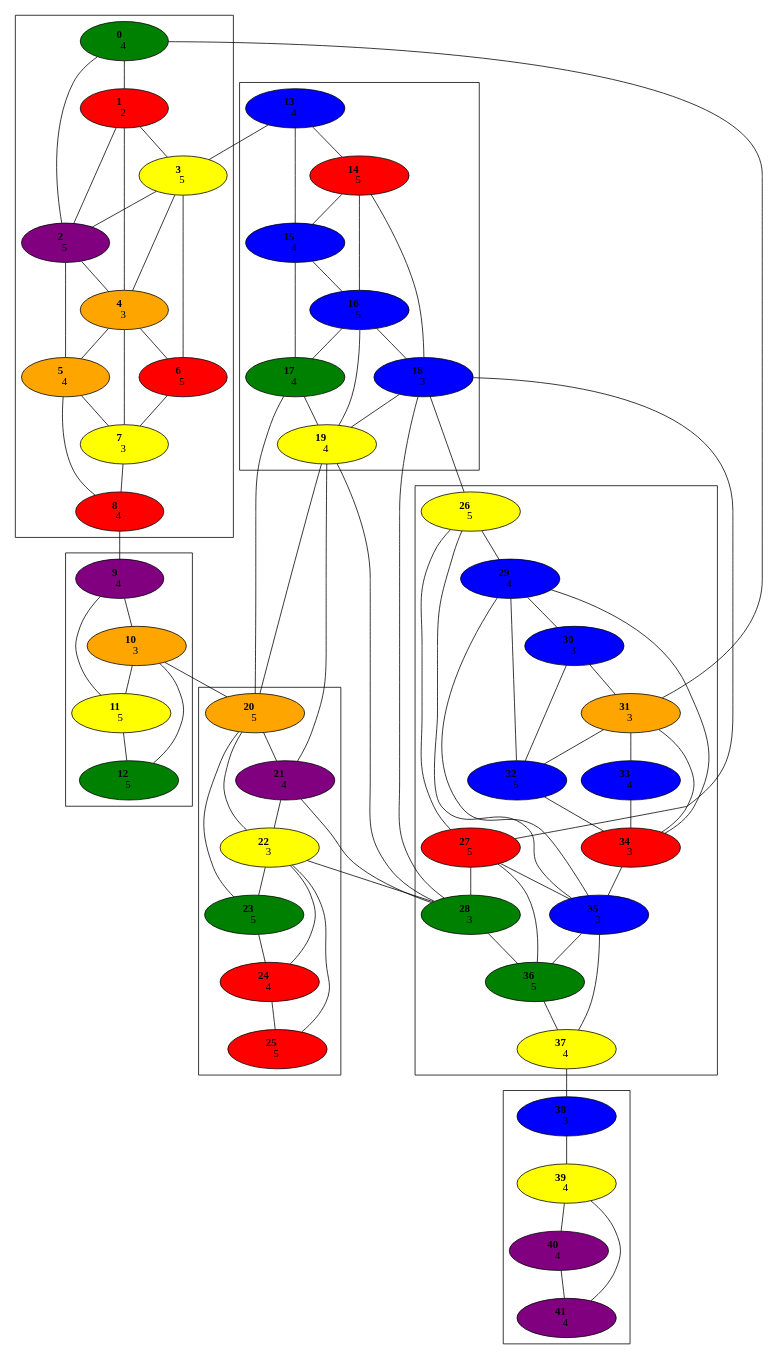
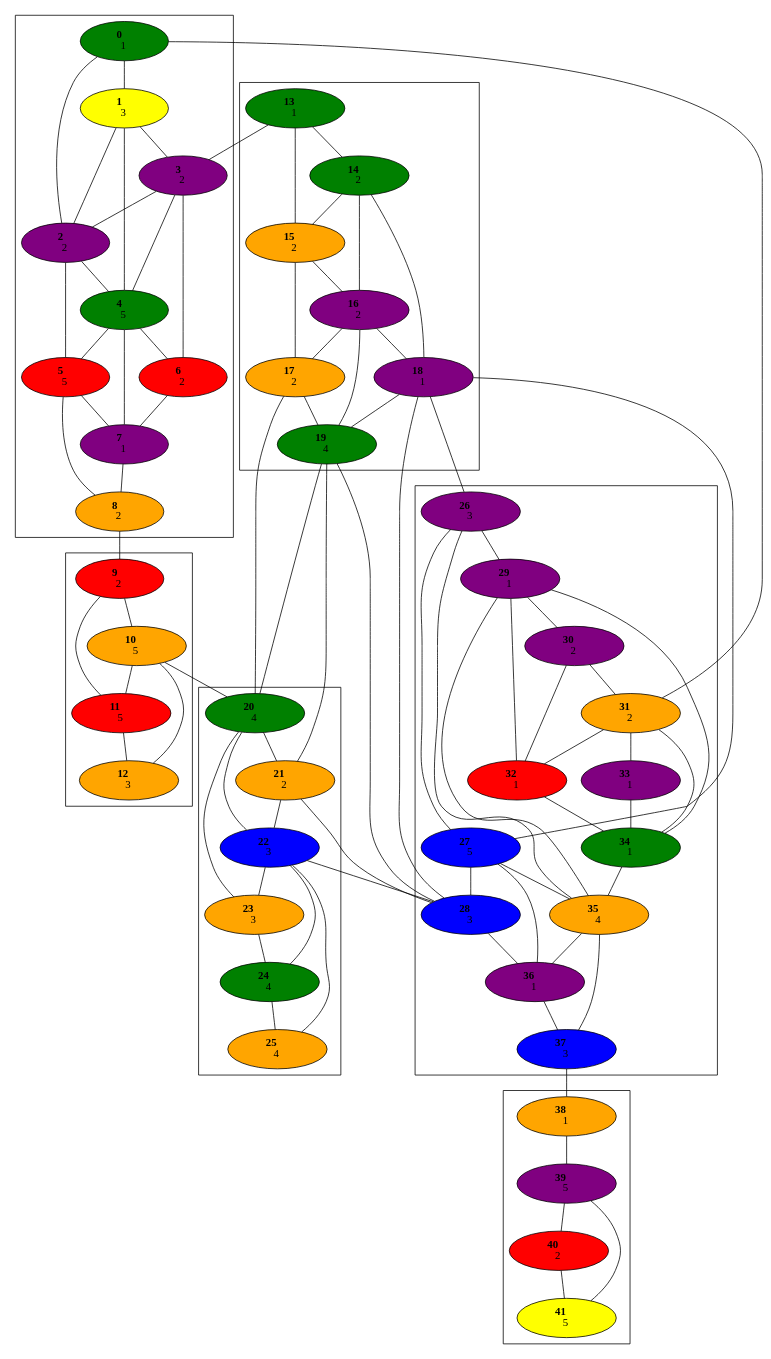
Before and after one commit to jsf2408/Risk: the diagram in Graph.gv, drawn with Graphviz. The commit also changed 1 other file, not shown here.

```diff
--- a/Graph.gv
+++ b/Graph.gv
@@ -137,87 +137,87 @@
 	39 -- 41
 	40 -- 41
 	0 [fillcolor=green style=filled]
-	1 [fillcolor=red style=filled]
+	1 [fillcolor=yellow style=filled]
 	2 [fillcolor=purple style=filled]
-	3 [fillcolor=yellow style=filled]
-	4 [fillcolor=orange style=filled]
-	5 [fillcolor=orange style=filled]
+	3 [fillcolor=purple style=filled]
+	4 [fillcolor=green style=filled]
+	5 [fillcolor=red style=filled]
 	6 [fillcolor=red style=filled]
-	7 [fillcolor=yellow style=filled]
-	8 [fillcolor=red style=filled]
-	9 [fillcolor=purple style=filled]
+	7 [fillcolor=purple style=filled]
+	8 [fillcolor=orange style=filled]
+	9 [fillcolor=red style=filled]
 	10 [fillcolor=orange style=filled]
-	11 [fillcolor=yellow style=filled]
-	12 [fillcolor=green style=filled]
-	13 [fillcolor=blue style=filled]
-	14 [fillcolor=red style=filled]
-	15 [fillcolor=blue style=filled]
-	16 [fillcolor=blue style=filled]
-	17 [fillcolor=green style=filled]
-	18 [fillcolor=blue style=filled]
-	19 [fillcolor=yellow style=filled]
-	20 [fillcolor=orange style=filled]
-	21 [fillcolor=purple style=filled]
-	22 [fillcolor=yellow style=filled]
-	23 [fillcolor=green style=filled]
-	24 [fillcolor=red style=filled]
-	25 [fillcolor=red style=filled]
-	26 [fillcolor=yellow style=filled]
-	27 [fillcolor=red style=filled]
-	28 [fillcolor=green style=filled]
-	29 [fillcolor=blue style=filled]
-	30 [fillcolor=blue style=filled]
+	11 [fillcolor=red style=filled]
+	12 [fillcolor=orange style=filled]
+	13 [fillcolor=green style=filled]
+	14 [fillcolor=green style=filled]
+	15 [fillcolor=orange style=filled]
+	16 [fillcolor=purple style=filled]
+	17 [fillcolor=orange style=filled]
+	18 [fillcolor=purple style=filled]
+	19 [fillcolor=green style=filled]
+	20 [fillcolor=green style=filled]
+	21 [fillcolor=orange style=filled]
+	22 [fillcolor=blue style=filled]
+	23 [fillcolor=orange style=filled]
+	24 [fillcolor=green style=filled]
+	25 [fillcolor=orange style=filled]
+	26 [fillcolor=purple style=filled]
+	27 [fillcolor=blue style=filled]
+	28 [fillcolor=blue style=filled]
+	29 [fillcolor=purple style=filled]
+	30 [fillcolor=purple style=filled]
 	31 [fillcolor=orange style=filled]
-	32 [fillcolor=blue style=filled]
-	33 [fillcolor=blue style=filled]
-	34 [fillcolor=red style=filled]
-	35 [fillcolor=blue style=filled]
-	36 [fillcolor=green style=filled]
-	37 [fillcolor=yellow style=filled]
-	38 [fillcolor=blue style=filled]
-	39 [fillcolor=yellow style=filled]
-	40 [fillcolor=purple style=filled]
-	41 [fillcolor=purple style=filled]
-	0 [label=< <b>      0    </b> <br/>4>]
-	1 [label=< <b>      1    </b> <br/>2>]
-	2 [label=< <b>      2    </b> <br/>5>]
-	3 [label=< <b>      3    </b> <br/>5>]
-	4 [label=< <b>      4    </b> <br/>3>]
-	5 [label=< <b>      5    </b> <br/>4>]
-	6 [label=< <b>      6    </b> <br/>5>]
-	7 [label=< <b>      7    </b> <br/>3>]
-	8 [label=< <b>      8    </b> <br/>4>]
-	9 [label=< <b>      9    </b> <br/>4>]
-	10 [label=< <b>      10    </b> <br/>3>]
+	32 [fillcolor=red style=filled]
+	33 [fillcolor=purple style=filled]
+	34 [fillcolor=green style=filled]
+	35 [fillcolor=orange style=filled]
+	36 [fillcolor=purple style=filled]
+	37 [fillcolor=blue style=filled]
+	38 [fillcolor=orange style=filled]
+	39 [fillcolor=purple style=filled]
+	40 [fillcolor=red style=filled]
+	41 [fillcolor=yellow style=filled]
+	0 [label=< <b>      0    </b> <br/>1>]
+	1 [label=< <b>      1    </b> <br/>3>]
+	2 [label=< <b>      2    </b> <br/>2>]
+	3 [label=< <b>      3    </b> <br/>2>]
+	4 [label=< <b>      4    </b> <br/>5>]
+	5 [label=< <b>      5    </b> <br/>5>]
+	6 [label=< <b>      6    </b> <br/>2>]
+	7 [label=< <b>      7    </b> <br/>1>]
+	8 [label=< <b>      8    </b> <br/>2>]
+	9 [label=< <b>      9    </b> <br/>2>]
+	10 [label=< <b>      10    </b> <br/>5>]
 	11 [label=< <b>      11    </b> <br/>5>]
-	12 [label=< <b>      12    </b> <br/>5>]
-	13 [label=< <b>      13    </b> <br/>4>]
-	14 [label=< <b>      14    </b> <br/>5>]
-	15 [label=< <b>      15    </b> <br/>4>]
-	16 [label=< <b>      16    </b> <br/>5>]
-	17 [label=< <b>      17    </b> <br/>4>]
-	18 [label=< <b>      18    </b> <br/>3>]
+	12 [label=< <b>      12    </b> <br/>3>]
+	13 [label=< <b>      13    </b> <br/>1>]
+	14 [label=< <b>      14    </b> <br/>2>]
+	15 [label=< <b>      15    </b> <br/>2>]
+	16 [label=< <b>      16    </b> <br/>2>]
+	17 [label=< <b>      17    </b> <br/>2>]
+	18 [label=< <b>      18    </b> <br/>1>]
 	19 [label=< <b>      19    </b> <br/>4>]
-	20 [label=< <b>      20    </b> <br/>5>]
-	21 [label=< <b>      21    </b> <br/>4>]
+	20 [label=< <b>      20    </b> <br/>4>]
+	21 [label=< <b>      21    </b> <br/>2>]
 	22 [label=< <b>      22    </b> <br/>3>]
-	23 [label=< <b>      23    </b> <br/>5>]
+	23 [label=< <b>      23    </b> <br/>3>]
 	24 [label=< <b>      24    </b> <br/>4>]
-	25 [label=< <b>      25    </b> <br/>5>]
-	26 [label=< <b>      26    </b> <br/>5>]
+	25 [label=< <b>      25    </b> <br/>4>]
+	26 [label=< <b>      26    </b> <br/>3>]
 	27 [label=< <b>      27    </b> <br/>5>]
 	28 [label=< <b>      28    </b> <br/>3>]
-	29 [label=< <b>      29    </b> <br/>4>]
-	30 [label=< <b>      30    </b> <br/>3>]
-	31 [label=< <b>      31    </b> <br/>3>]
-	32 [label=< <b>      32    </b> <br/>5>]
-	33 [label=< <b>      33    </b> <br/>4>]
-	34 [label=< <b>      34    </b> <br/>3>]
-	35 [label=< <b>      35    </b> <br/>3>]
-	36 [label=< <b>      36    </b> <br/>5>]
-	37 [label=< <b>      37    </b> <br/>4>]
-	38 [label=< <b>      38    </b> <br/>3>]
-	39 [label=< <b>      39    </b> <br/>4>]
-	40 [label=< <b>      40    </b> <br/>4>]
-	41 [label=< <b>      41    </b> <br/>4>]
+	29 [label=< <b>      29    </b> <br/>1>]
+	30 [label=< <b>      30    </b> <br/>2>]
+	31 [label=< <b>      31    </b> <br/>2>]
+	32 [label=< <b>      32    </b> <br/>1>]
+	33 [label=< <b>      33    </b> <br/>1>]
+	34 [label=< <b>      34    </b> <br/>1>]
+	35 [label=< <b>      35    </b> <br/>4>]
+	36 [label=< <b>      36    </b> <br/>1>]
+	37 [label=< <b>      37    </b> <br/>3>]
+	38 [label=< <b>      38    </b> <br/>1>]
+	39 [label=< <b>      39    </b> <br/>5>]
+	40 [label=< <b>      40    </b> <br/>2>]
+	41 [label=< <b>      41    </b> <br/>5>]
 }
```
